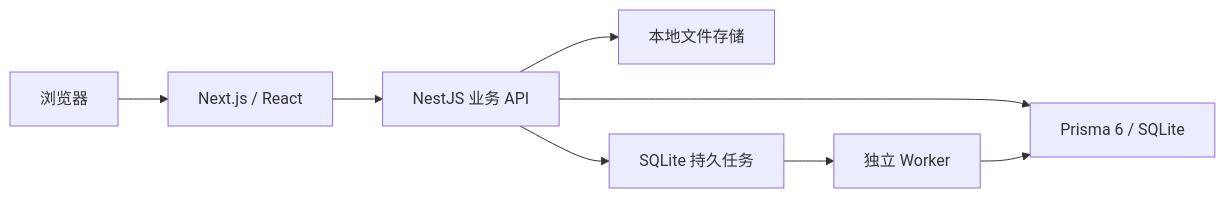
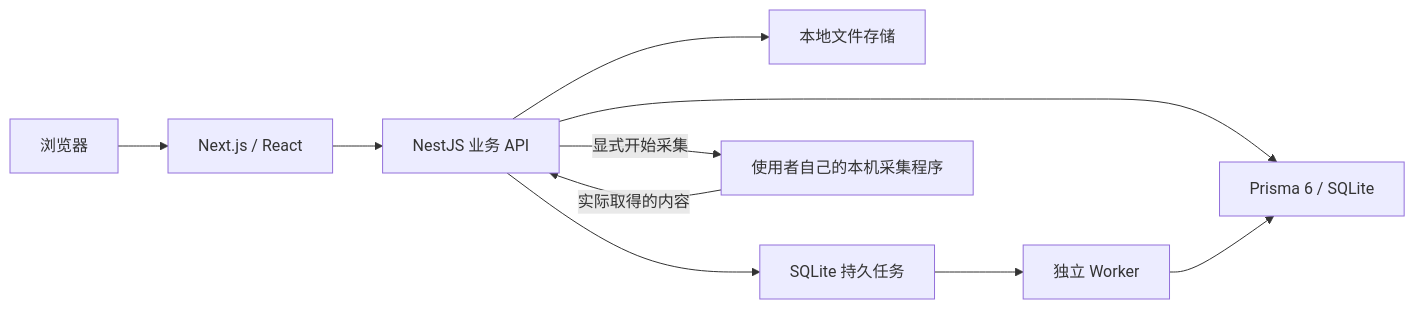
Before and after one commit to wyghxy/yuantanzhang: the diagram in docs/architecture.md, drawn with Mermaid. The commit also changed other lines of this file and 57 other files, not shown here.

````diff
--- a/docs/architecture.md
+++ b/docs/architecture.md
@@ -5,10 +5,12 @@
 ```mermaid
 flowchart LR
   Browser[浏览器] --> Web[Next.js / React]
   Web --> API[NestJS 业务 API]
   API --> DB[Prisma 6 / SQLite]
   API --> Files[本地文件存储]
   API --> Tasks[SQLite 持久任务]
   Tasks --> Worker[独立 Worker]
   Worker --> DB
+  API -->|显式开始采集| Collector[使用者自己的本机采集程序]
+  Collector -->|实际取得的内容| API
 ```
````
